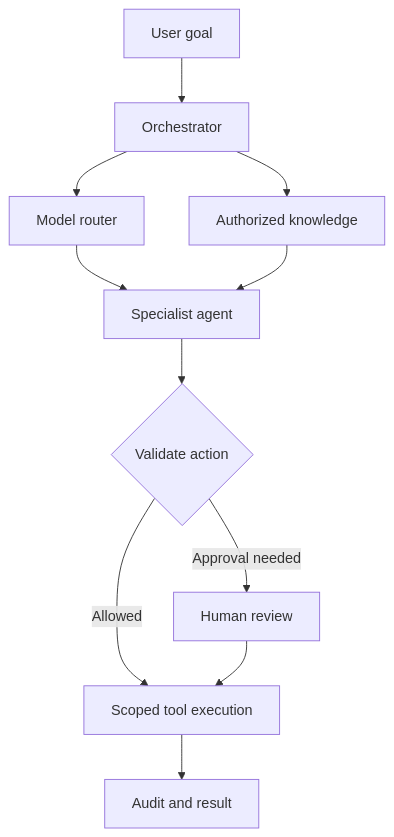
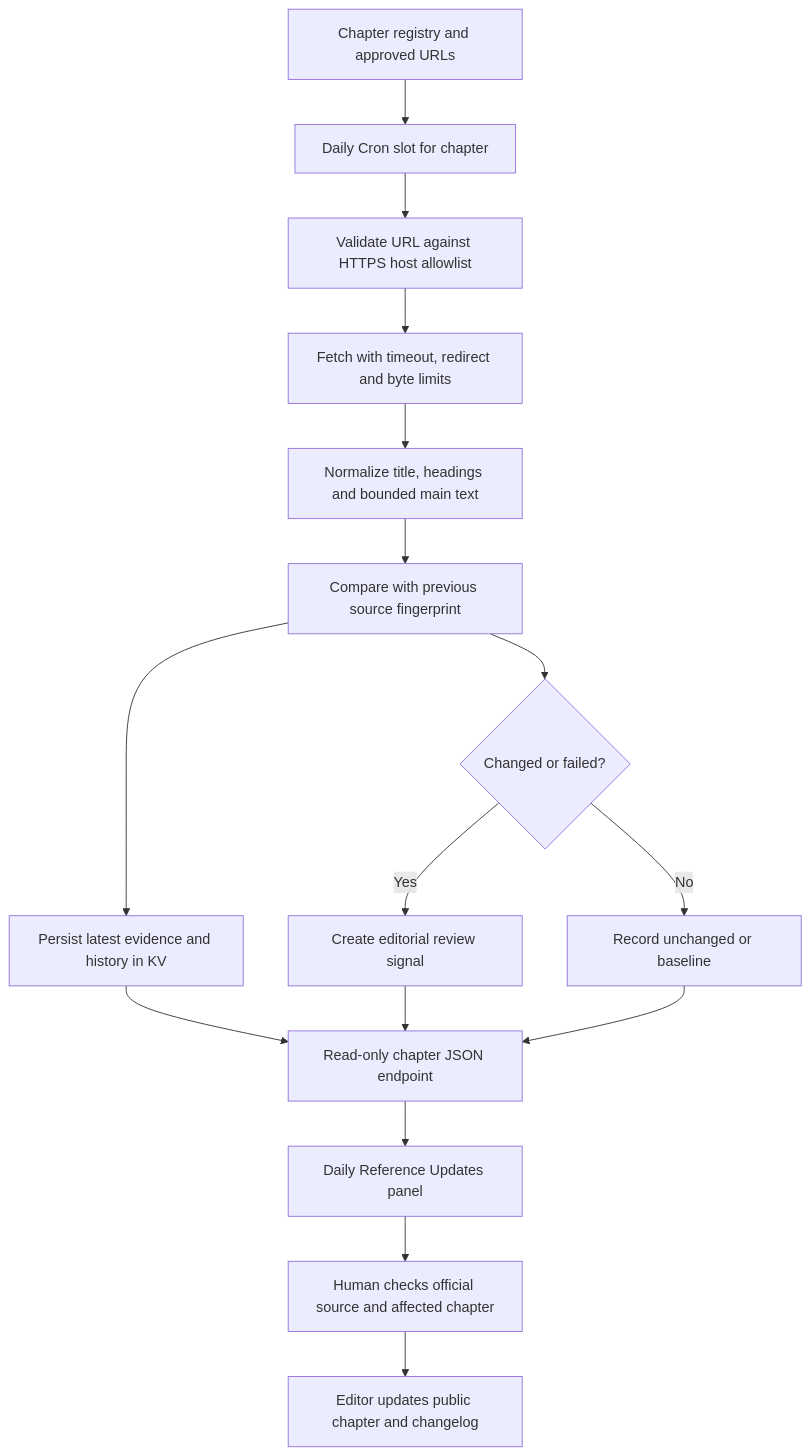
One commit to DevJel/knowledge-center-system changed the diagram in README.md. Above: the diagram before and after it, drawn with Mermaid. The commit also changed other lines of this file, not shown here.

Commit message:
Rewrite public Knowledge Center README and auto-sync guide

````diff
--- a/README.md
+++ b/README.md
@@ -145,13 +125,18 @@
 ```mermaid
 flowchart TD
-  G["User goal"] --> O["Orchestrator"]
-  O --> R["Model router"]
-  O --> K["Authorized knowledge"]
-  R --> A["Specialist agent"]
-  K --> A
-  A --> V{"Validate action"}
-  V -->|Allowed| T["Scoped tool execution"]
-  V -->|Approval needed| H["Human review"]
-  H --> T
-  T --> L["Audit and result"]
+  A["Chapter registry and approved URLs"] --> B["Daily Cron slot for chapter"]
+  B --> C["Validate URL against HTTPS host allowlist"]
+  C --> D["Fetch with timeout, redirect and byte limits"]
+  D --> E["Normalize title, headings and bounded main text"]
+  E --> F["Compare with previous source fingerprint"]
+  F --> G["Persist latest evidence and history in KV"]
+  F --> H{"Changed or failed?"}
+  H -->|Yes| I["Create editorial review signal"]
+  H -->|No| J["Record unchanged or baseline"]
+  G --> K["Read-only chapter JSON endpoint"]
+  I --> K
+  J --> K
+  K --> L["Daily Reference Updates panel"]
+  L --> M["Human checks official source and affected chapter"]
+  M --> N["Editor updates public chapter and changelog"]
 ```
````
